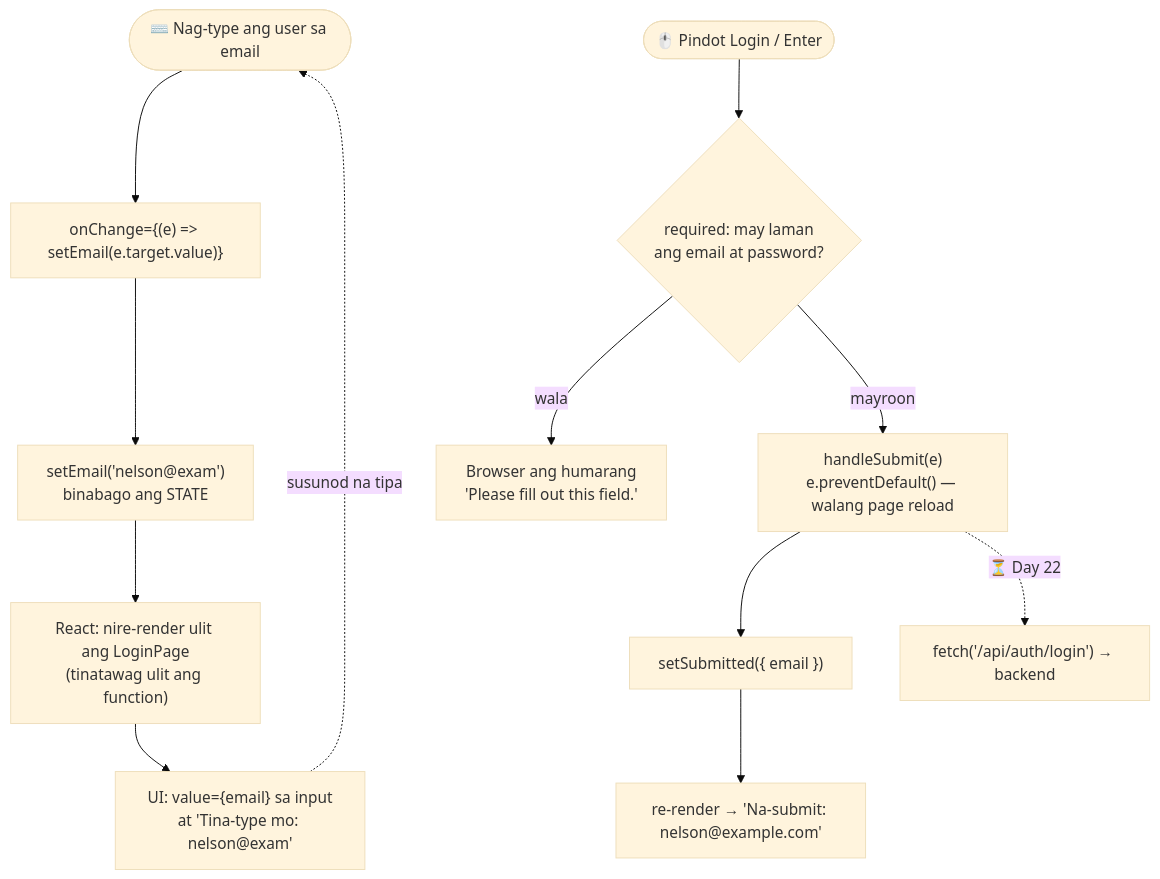
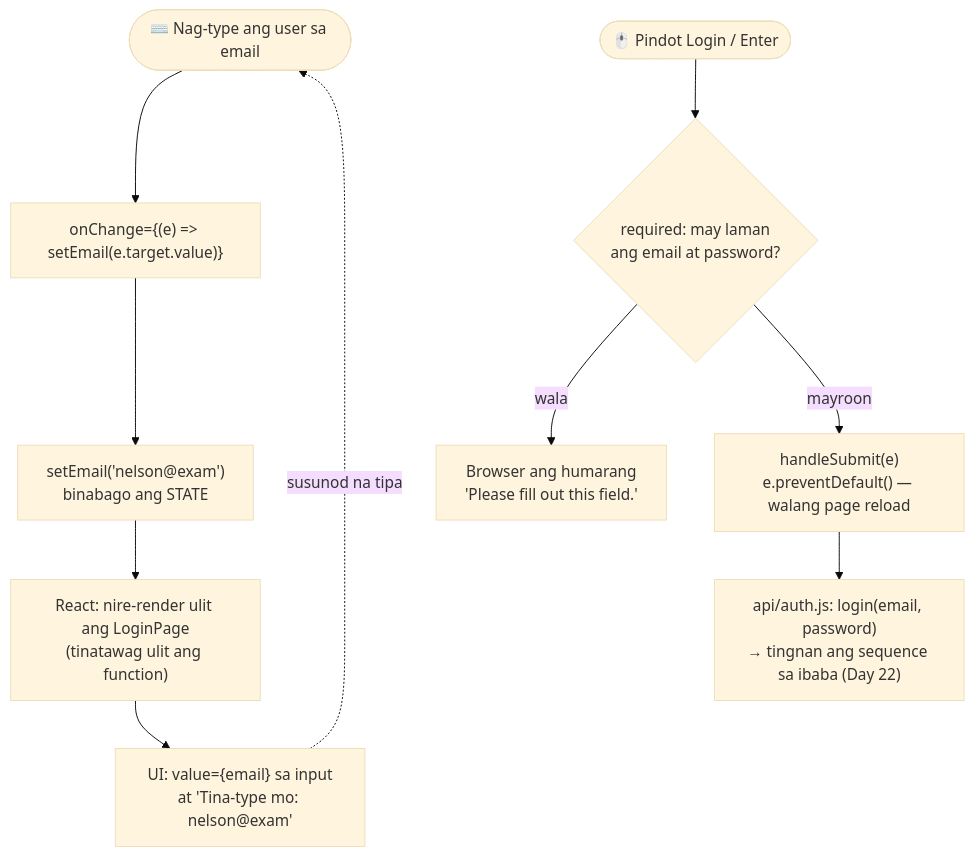
The first of 2 diagrams in docs/diagrams/07-frontend-backend.md (nelson1869-ai/auth-learning), drawn with Mermaid (base theme) before and after one commit. The commit also changed other lines of this file and 5 other files, not shown here.

First line of the commit message:
docs: CORS preflight in 05-login.http, fetch + CORS sequence, day 22 notes

````diff
--- a/docs/diagrams/07-frontend-backend.md
+++ b/docs/diagrams/07-frontend-backend.md
@@ -10,15 +10,13 @@
 ```mermaid
 flowchart TD
     Type(["⌨️ Nag-type ang user sa email"]) --> OnChange["onChange={(e) => setEmail(e.target.value)}"]
     OnChange --> SetState["setEmail('nelson@exam')<br/>binabago ang STATE"]
     SetState --> Render["React: nire-render ulit ang LoginPage<br/>(tinatawag ulit ang function)"]
     Render --> UI["UI: value={email} sa input<br/>at 'Tina-type mo: nelson@exam'"]
     UI -.->|"susunod na tipa"| Type
 
     Submit(["🖱️ Pindot Login / Enter"]) --> Req{"required: may laman<br/>ang email at password?"}
     Req -->|"wala"| Block["Browser ang humarang<br/>'Please fill out this field.'"]
     Req -->|"mayroon"| Handle["handleSubmit(e)<br/>e.preventDefault() — walang page reload"]
-    Handle --> SetSub["setSubmitted({ email })"]
-    SetSub --> Render2["re-render → 'Na-submit: nelson@example.com'"]
-    Handle -.->|"⏳ Day 22"| Fetch["fetch('/api/auth/login') → backend"]
+    Handle --> Fetch["api/auth.js: login(email, password)<br/>→ tingnan ang sequence sa ibaba (Day 22)"]
 ```
````
